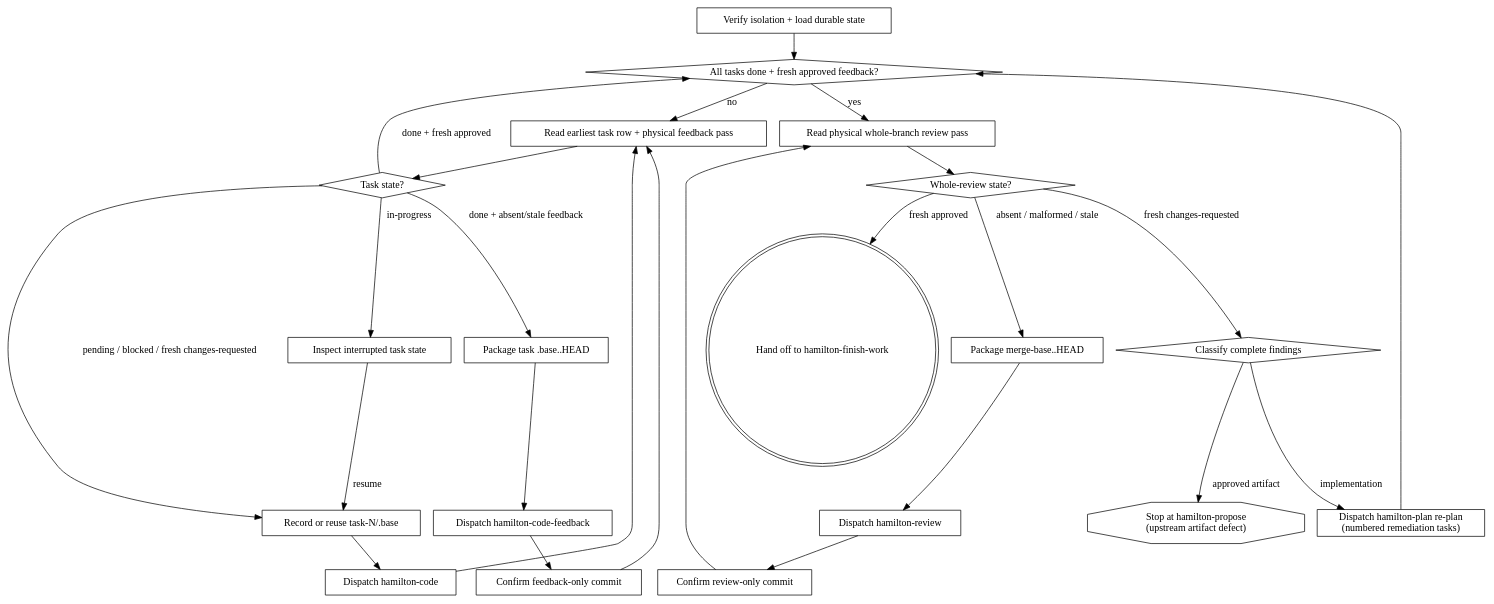
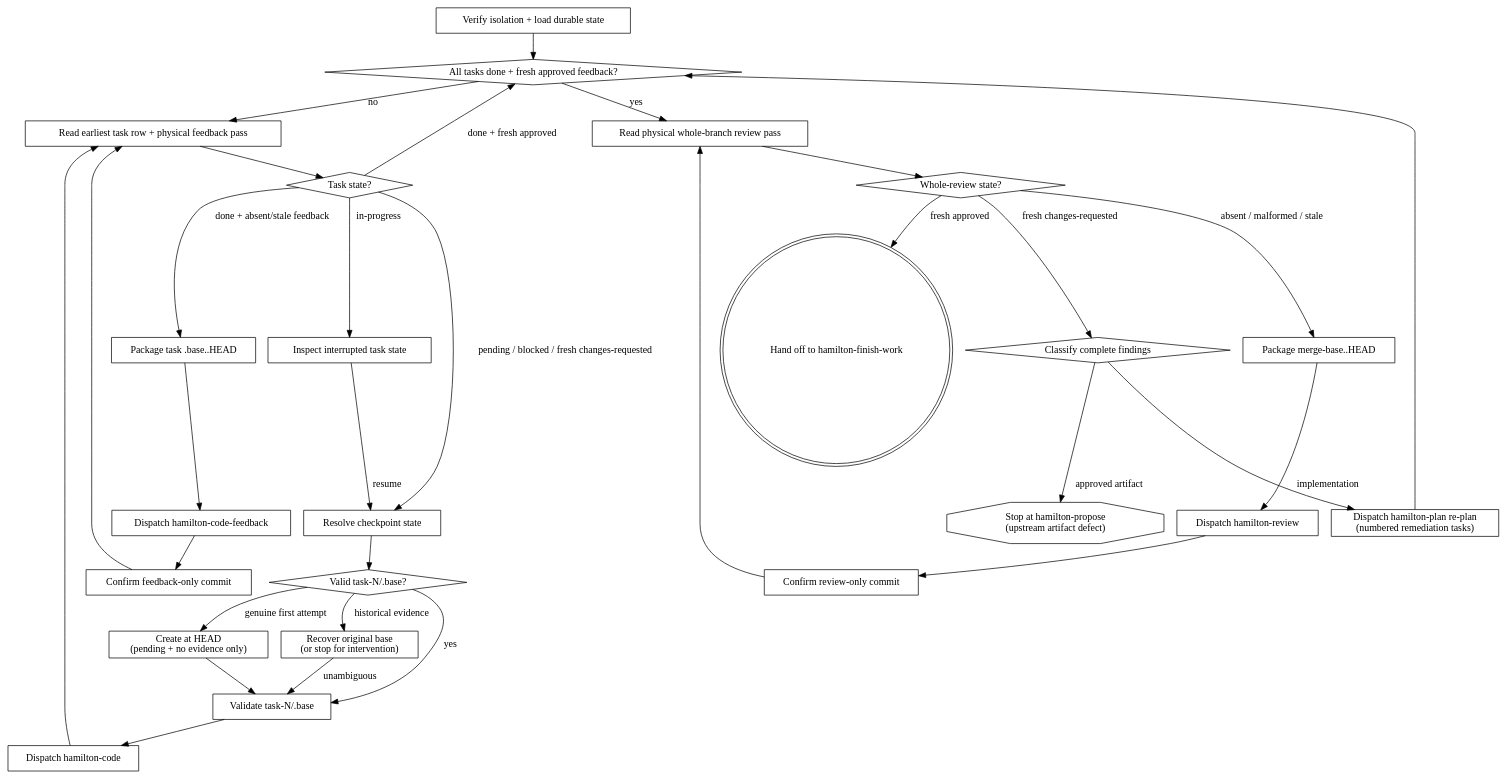
The diagram in skills/hamilton-orchestrate/SKILL.md (caiorcferreira/hamilton), drawn with Graphviz before and after one commit. The commit also changed other lines of this file and 3 other files, not shown here.

````diff
--- a/skills/hamilton-orchestrate/SKILL.md
+++ b/skills/hamilton-orchestrate/SKILL.md
@@ -275,48 +312,58 @@
 ```dot
 digraph hamilton_orchestrate {
     "Verify isolation + load durable state" [shape=box];
     "All tasks done + fresh approved feedback?" [shape=diamond];
     "Read earliest task row + physical feedback pass" [shape=box];
     "Task state?" [shape=diamond];
     "Inspect interrupted task state" [shape=box];
-    "Record or reuse task-N/.base" [shape=box];
+    "Resolve checkpoint state" [shape=box];
+    "Valid task-N/.base?" [shape=diamond];
+    "Create at HEAD\n(pending + no evidence only)" [shape=box];
+    "Recover original base\n(or stop for intervention)" [shape=box];
+    "Validate task-N/.base" [shape=box];
     "Dispatch hamilton-code" [shape=box];
     "Package task .base..HEAD" [shape=box];
     "Dispatch hamilton-code-feedback" [shape=box];
     "Confirm feedback-only commit" [shape=box];
     "Read physical whole-branch review pass" [shape=box];
     "Whole-review state?" [shape=diamond];
     "Package merge-base..HEAD" [shape=box];
     "Dispatch hamilton-review" [shape=box];
     "Confirm review-only commit" [shape=box];
     "Classify complete findings" [shape=diamond];
     "Dispatch hamilton-plan re-plan\n(numbered remediation tasks)" [shape=box];
     "Stop at hamilton-propose\n(upstream artifact defect)" [shape=octagon];
     "Hand off to hamilton-finish-work" [shape=doublecircle];
 
     "Verify isolation + load durable state" -> "All tasks done + fresh approved feedback?";
     "All tasks done + fresh approved feedback?" -> "Read earliest task row + physical feedback pass" [label="no"];
     "Read earliest task row + physical feedback pass" -> "Task state?";
     "Task state?" -> "Inspect interrupted task state" [label="in-progress"];
-    "Inspect interrupted task state" -> "Record or reuse task-N/.base" [label="resume"];
-    "Task state?" -> "Record or reuse task-N/.base" [label="pending / blocked / fresh changes-requested"];
-    "Record or reuse task-N/.base" -> "Dispatch hamilton-code";
+    "Inspect interrupted task state" -> "Resolve checkpoint state" [label="resume"];
+    "Task state?" -> "Resolve checkpoint state" [label="pending / blocked / fresh changes-requested"];
+    "Resolve checkpoint state" -> "Valid task-N/.base?";
+    "Valid task-N/.base?" -> "Validate task-N/.base" [label="yes"];
+    "Valid task-N/.base?" -> "Create at HEAD\n(pending + no evidence only)" [label="genuine first attempt"];
+    "Create at HEAD\n(pending + no evidence only)" -> "Validate task-N/.base";
+    "Valid task-N/.base?" -> "Recover original base\n(or stop for intervention)" [label="historical evidence"];
+    "Recover original base\n(or stop for intervention)" -> "Validate task-N/.base" [label="unambiguous"];
+    "Validate task-N/.base" -> "Dispatch hamilton-code";
     "Dispatch hamilton-code" -> "Read earliest task row + physical feedback pass";
     "Task state?" -> "Package task .base..HEAD" [label="done + absent/stale feedback"];
     "Package task .base..HEAD" -> "Dispatch hamilton-code-feedback";
     "Dispatch hamilton-code-feedback" -> "Confirm feedback-only commit";
     "Confirm feedback-only commit" -> "Read earliest task row + physical feedback pass";
     "Task state?" -> "All tasks done + fresh approved feedback?" [label="done + fresh approved"];
     "All tasks done + fresh approved feedback?" -> "Read physical whole-branch review pass" [label="yes"];
     "Read physical whole-branch review pass" -> "Whole-review state?";
     "Whole-review state?" -> "Package merge-base..HEAD" [label="absent / malformed / stale"];
     "Package merge-base..HEAD" -> "Dispatch hamilton-review";
     "Dispatch hamilton-review" -> "Confirm review-only commit";
     "Confirm review-only commit" -> "Read physical whole-branch review pass";
     "Whole-review state?" -> "Classify complete findings" [label="fresh changes-requested"];
     "Classify complete findings" -> "Dispatch hamilton-plan re-plan\n(numbered remediation tasks)" [label="implementation"];
     "Dispatch hamilton-plan re-plan\n(numbered remediation tasks)" -> "All tasks done + fresh approved feedback?";
     "Classify complete findings" -> "Stop at hamilton-propose\n(upstream artifact defect)" [label="approved artifact"];
     "Whole-review state?" -> "Hand off to hamilton-finish-work" [label="fresh approved"];
 }
 ```
````
